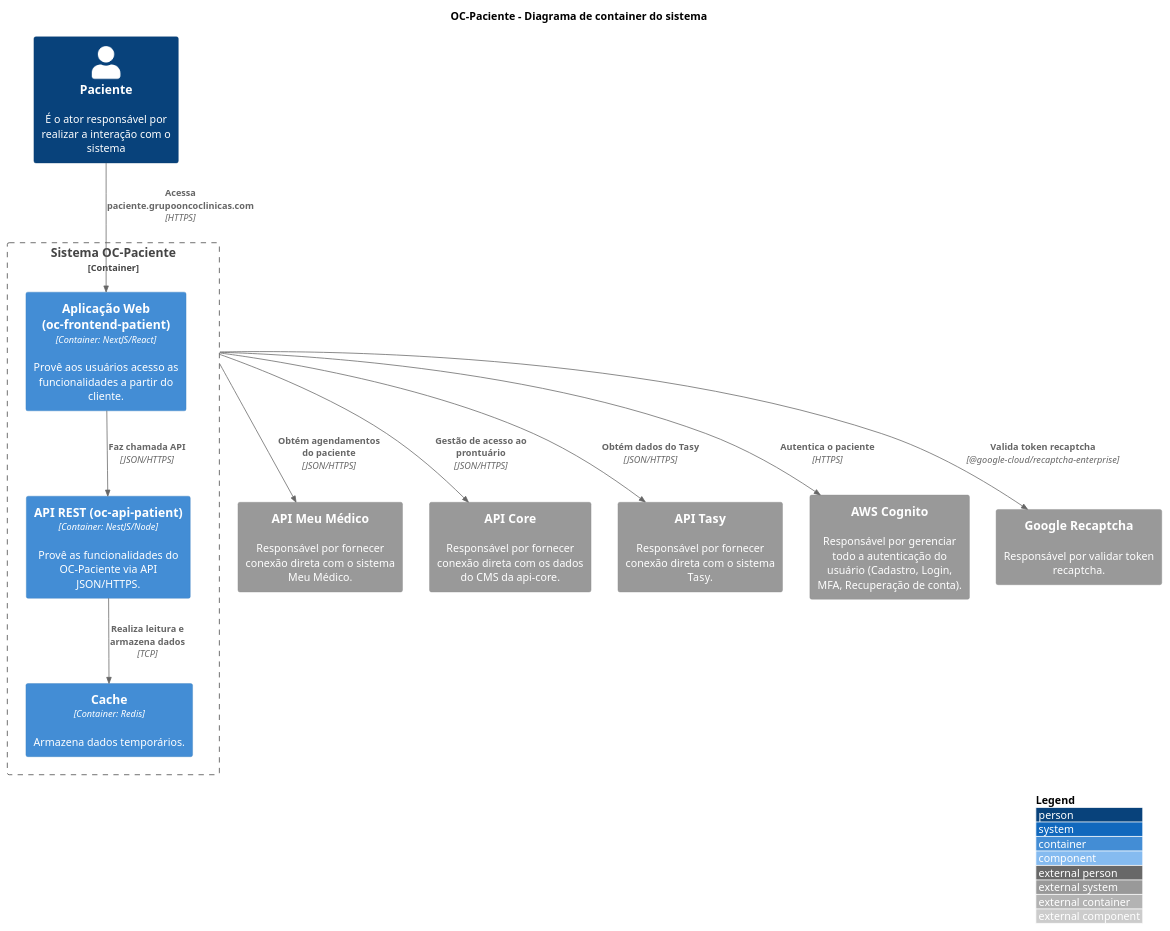
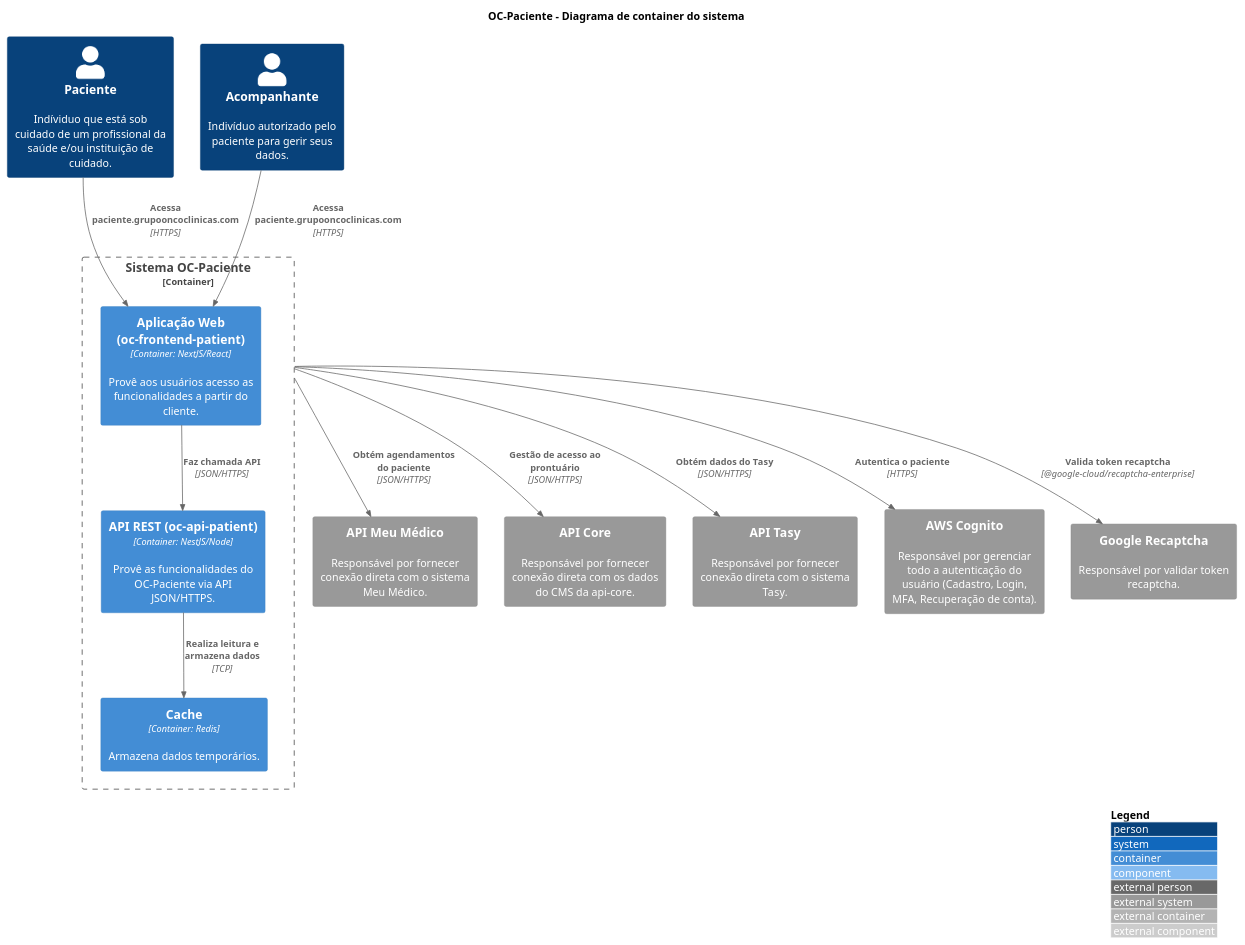
One commit to luizggbasedigital/poc-oc-docs changed the diagram in src/OC-Paciente/C1. Visão Geral/C2. Sistema/containers.puml. Above: the diagram before and after it, drawn with PlantUML. The commit also changed 4 other files, not shown here.

Commit message:
docs: add companion and assistant in external physician and patient diagrams

```diff
--- a/src/OC-Paciente/C1. Visão Geral/C2. Sistema/containers.puml
+++ b/src/OC-Paciente/C1. Visão Geral/C2. Sistema/containers.puml
@@ -1,39 +1,41 @@
 @startuml "Container Diagram"
 
 title "OC-Paciente - Diagrama de container do sistema"
 
 !include https://raw.githubusercontent.com/adrianvlupu/C4-PlantUML/latest/C4_Component.puml
 
 LAYOUT_WITH_LEGEND()
 
 skinparam backgroundcolor transparent
 
 /'Actors'/
-Person(ActorPatient, "Paciente", "É o ator responsável por realizar a interação com o sistema")
+Person(ActorPatient, "Paciente", "Indíviduo que está sob cuidado de um profissional da saúde e/ou instituição de cuidado.")
+Person(ActorCompanion, "Acompanhante", "Indivíduo autorizado pelo paciente para gerir seus dados.")
 
 /'Internal Systems'/
 Container_Boundary(SystemOCPatient, "Sistema OC-Paciente") {
   Container(ContainerWebApp, "Aplicação Web (oc-frontend-patient)", "Container: NextJS/React", "Provê aos usuários acesso as funcionalidades a partir do cliente.")
   Container(ContainerServerApi, "API REST (oc-api-patient)", "Container: NestJS/Node", "Provê as funcionalidades do OC-Paciente via API JSON/HTTPS.")
   Container(ContainerDatabaseRedis, "Cache", "Container: Redis", "Armazena dados temporários.")
 
   Rel(ActorPatient, ContainerWebApp, "Acessa paciente.grupooncoclinicas.com", "HTTPS")
+  Rel(ActorCompanion, ContainerWebApp, "Acessa paciente.grupooncoclinicas.com", "HTTPS")
   Rel(ContainerServerApi, ContainerDatabaseRedis, "Realiza leitura e armazena dados", "TCP")
   Rel(ContainerWebApp, ContainerServerApi, "Faz chamada API", "JSON/HTTPS")
 }
 
 /'External Systems'/
 System_Ext(SystemMyPhysicianApi, "API Meu Médico", "Responsável por fornecer conexão direta com o sistema Meu Médico.")
 System_Ext(SystemApiCore, "API Core", "Responsável por fornecer conexão direta com os dados do CMS da api-core.")
 System_Ext(SystemTasyApi, "API Tasy", "Responsável por fornecer conexão direta com o sistema Tasy.")
 System_Ext(SystemAWSCognito, "AWS Cognito", "Responsável por gerenciar todo a autenticação do usuário (Cadastro, Login, MFA, Recuperação de conta).")
 System_Ext(SystemGoogleRecaptcha, "Google Recaptcha", "Responsável por validar token recaptcha.")
 
 /'Relations'/
 Rel(SystemOCPatient, SystemGoogleRecaptcha, "Valida token recaptcha", "@google-cloud/recaptcha-enterprise")
 Rel(SystemOCPatient, SystemAWSCognito, "Autentica o paciente", "HTTPS")
 Rel(SystemOCPatient, SystemMyPhysicianApi, "Obtém agendamentos do paciente", "JSON/HTTPS")
 Rel(SystemOCPatient, SystemTasyApi, "Obtém dados do Tasy", "JSON/HTTPS")
 Rel(SystemOCPatient, SystemApiCore, "Gestão de acesso ao prontuário", "JSON/HTTPS")
 
 @enduml
```
